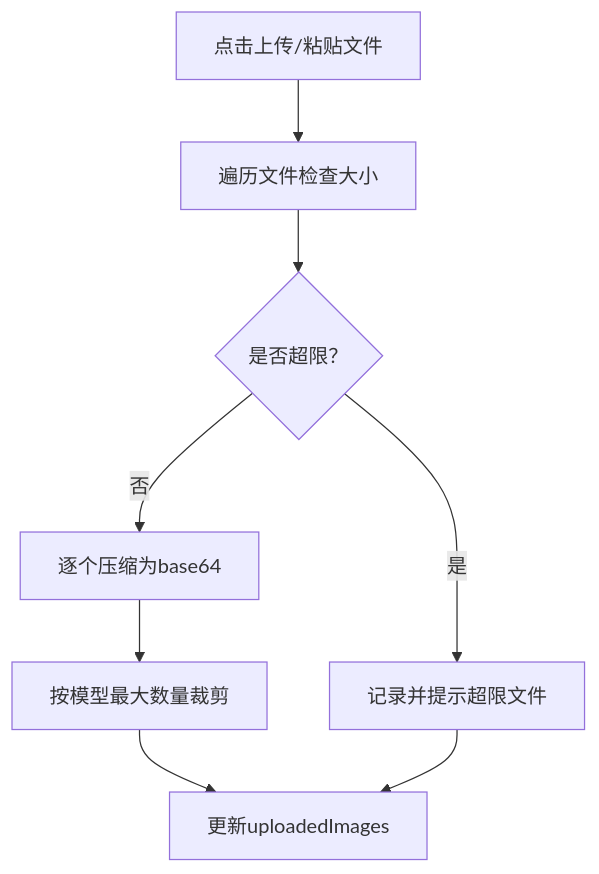
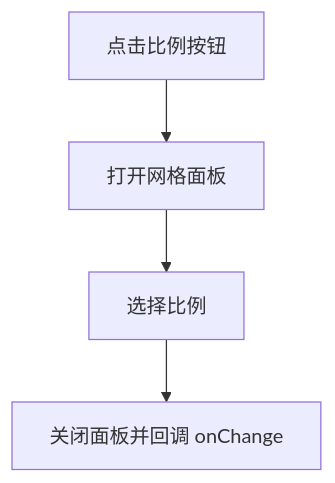
One commit to billye220670/AIShop changed the seventh of 10 diagrams in .qoder/repowiki/zh/content/图像生成功能/图像面板组件.md. Above: the diagram before and after it, drawn with Mermaid. The commit also changed other lines of this file and 135 other files, not shown here.

````diff
--- a/.qoder/repowiki/zh/content/图像生成功能/图像面板组件.md
+++ b/.qoder/repowiki/zh/content/图像生成功能/图像面板组件.md
@@ -204,10 +305,6 @@
 ```mermaid
 flowchart TD
-Pick["点击上传/粘贴文件"] --> Validate["遍历文件检查大小"]
-Validate --> Split{"是否超限？"}
-Split --> |是| Warn["记录并提示超限文件"]
-Split --> |否| Compress["逐个压缩为base64"]
-Compress --> Limit["按模型最大数量裁剪"]
-Limit --> Add["更新uploadedImages"]
-Warn --> Add
+Click["点击比例按钮"] --> Open["打开网格面板"]
+Open --> Select["选择比例"]
+Select --> Close["关闭面板并回调 onChange"]
 ```
````
